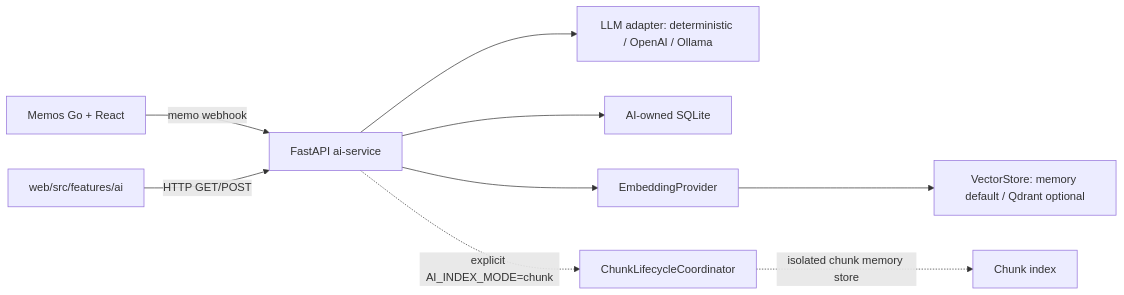
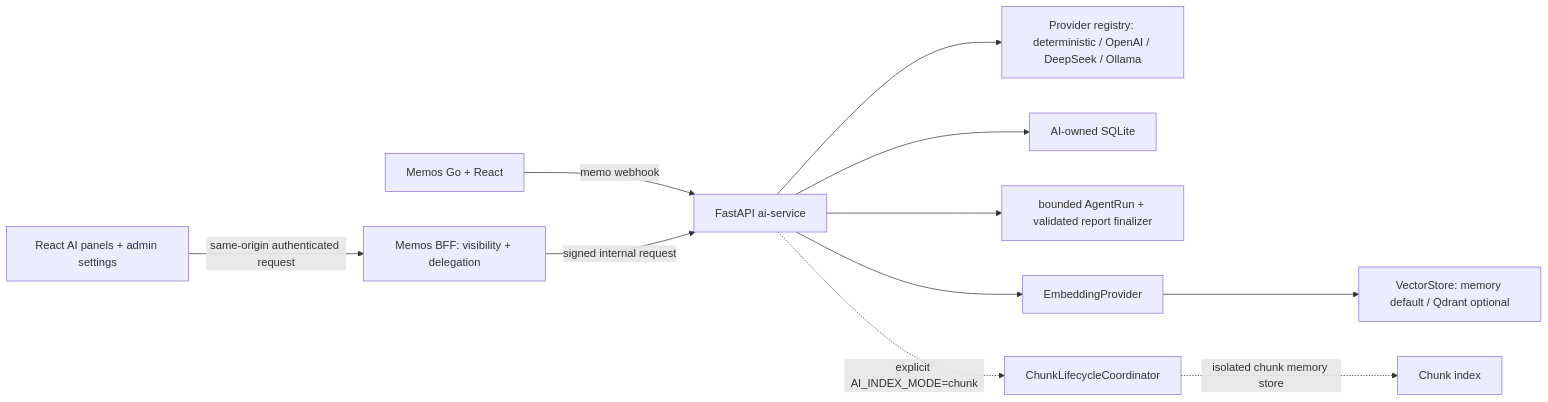
The diagram in docs/architecture.md (ToYOhin/devmemo-ai), drawn with Mermaid before and after one commit. The commit also changed other lines of this file and 19 other files, not shown here.

Commit message:
docs: align delivery status roadmap and architecture

````diff
--- a/docs/architecture.md
+++ b/docs/architecture.md
@@ -7,11 +8,13 @@
 ```mermaid
 flowchart LR
     M["Memos Go + React"] -->|"memo webhook"| A["FastAPI ai-service"]
-    F["web/src/features/ai"] -->|"HTTP GET/POST"| A
-    A --> L["LLM adapter: deterministic / OpenAI / Ollama"]
+    F["React AI panels + admin settings"] -->|"same-origin authenticated request"| B["Memos BFF: visibility + delegation"]
+    B -->|"signed internal request"| A
+    A --> L["Provider registry: deterministic / OpenAI / DeepSeek / Ollama"]
     A --> D["AI-owned SQLite"]
+    A --> R["bounded AgentRun + validated report finalizer"]
     A --> E["EmbeddingProvider"]
     E --> V["VectorStore: memory default / Qdrant optional"]
     A -. explicit AI_INDEX_MODE=chunk .-> C["ChunkLifecycleCoordinator"]
     C -. isolated chunk memory store .-> V2["Chunk index"]
 ```
````
